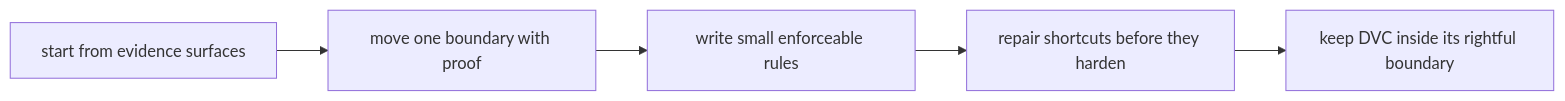
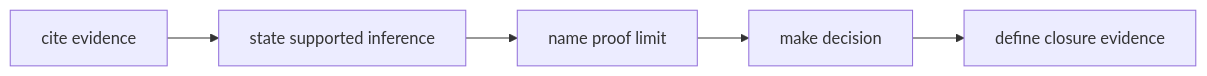
Before and after one commit to bijux/bijux-masterclass: the second of 2 diagrams in programs/reproducible-research/deep-dive-dvc/course-book/module-10-migration-governance-dvc-boundaries/exercise-answers.md, drawn with Mermaid. The commit also changed other lines of this file, not shown here.

Commit message:
docs(dvc): teach governance answer reasoning

````diff
--- a/programs/reproducible-research/deep-dive-dvc/course-book/module-10-migration-governance-dvc-boundaries/exercise-answers.md
+++ b/programs/reproducible-research/deep-dive-dvc/course-book/module-10-migration-governance-dvc-boundaries/exercise-answers.md
@@ -19,7 +18,7 @@
 ```mermaid
 flowchart LR
-  evidence["start from evidence surfaces"] --> migrate["move one boundary with proof"]
-  migrate --> govern["write small enforceable rules"]
-  govern --> intervene["repair shortcuts before they harden"]
-  intervene --> own["keep DVC inside its rightful boundary"]
+  evidence["cite evidence"] --> inference["state supported inference"]
+  inference --> limit["name proof limit"]
+  limit --> decision["make decision"]
+  decision --> closure["define closure evidence"]
 ```
````
